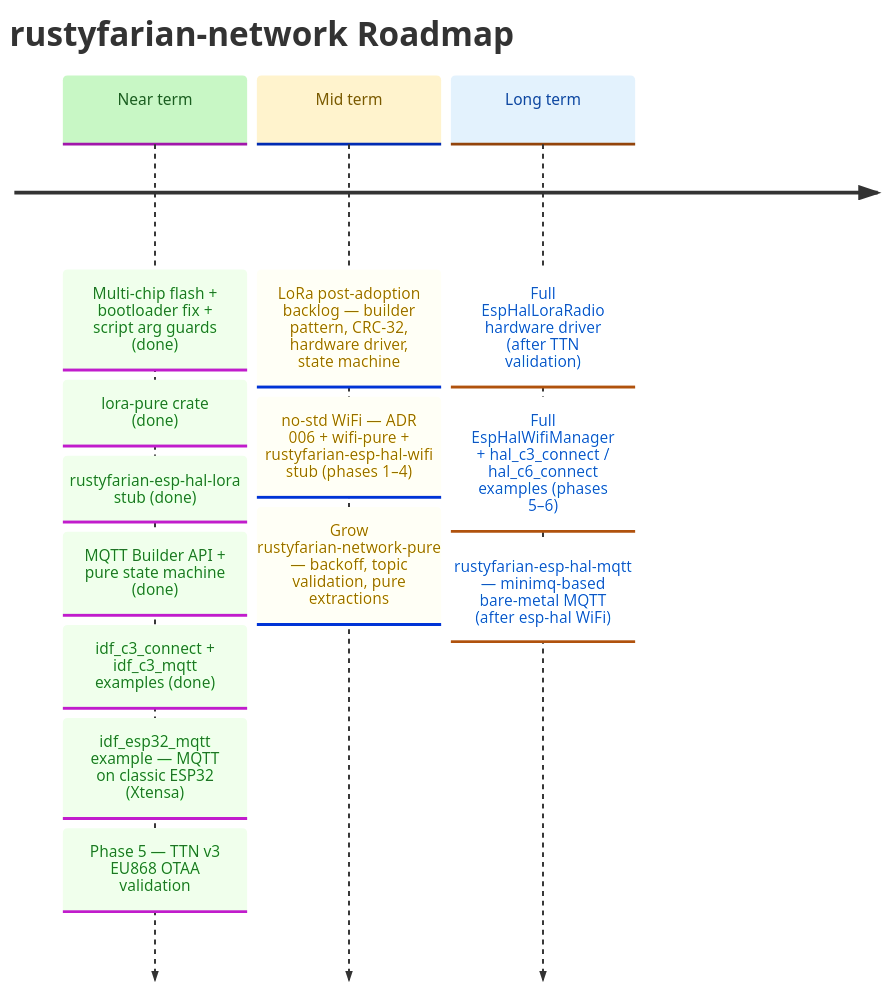
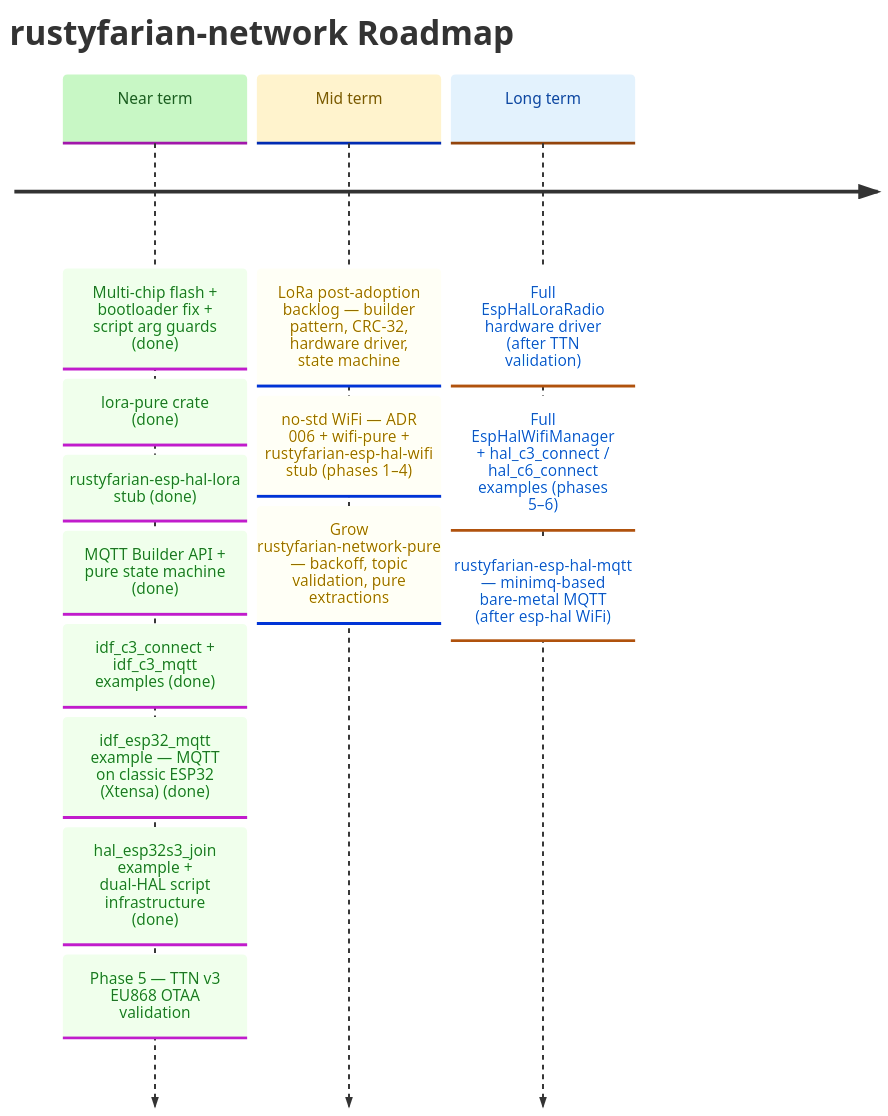
Before and after one commit to datenkollektiv/rustyfarian-network: the diagram in docs/ROADMAP.md, drawn with Mermaid. The commit also changed other lines of this file and 20 other files, not shown here.

Commit message:
Add `hal_esp32s3_join` example and dual-HAL support for Heltec WiFi LoRa 32 V3

````diff
--- a/docs/ROADMAP.md
+++ b/docs/ROADMAP.md
@@ -10,32 +11,33 @@
 ```mermaid
 %%{init: {
   "theme": "base",
   "themeVariables": {
     "cScale0": "#c8f7c5",
     "cScaleLabel0": "#1b5e20",
     "cScale1": "#fff3cd",
     "cScaleLabel1": "#7a5a00",
     "cScale2": "#e3f2fd",
     "cScaleLabel2": "#0d47a1"
   }
 }}%%
 
 timeline
     title rustyfarian-network Roadmap
 
     Near term : Multi-chip flash + bootloader fix + script arg guards (done)
               : lora-pure crate (done)
               : rustyfarian-esp-hal-lora stub (done)
               : MQTT Builder API + pure state machine (done)
               : idf_c3_connect + idf_c3_mqtt examples (done)
-              : idf_esp32_mqtt example — MQTT on classic ESP32 (Xtensa)
+              : idf_esp32_mqtt example — MQTT on classic ESP32 (Xtensa) (done)
+              : hal_esp32s3_join example + dual-HAL script infrastructure (done)
               : Phase 5 — TTN v3 EU868 OTAA validation
 
     Mid term  : LoRa post-adoption backlog — builder pattern, CRC-32, hardware driver, state machine
               : no-std WiFi — ADR 006 + wifi-pure + rustyfarian-esp-hal-wifi stub (phases 1–4)
               : Grow rustyfarian-network-pure — backoff, topic validation, pure extractions
 
     Long term : Full EspHalLoraRadio hardware driver (after TTN validation)
               : Full EspHalWifiManager + hal_c3_connect / hal_c6_connect examples (phases 5–6)
               : rustyfarian-esp-hal-mqtt — minimq-based bare-metal MQTT (after esp-hal WiFi)
 ```
````
